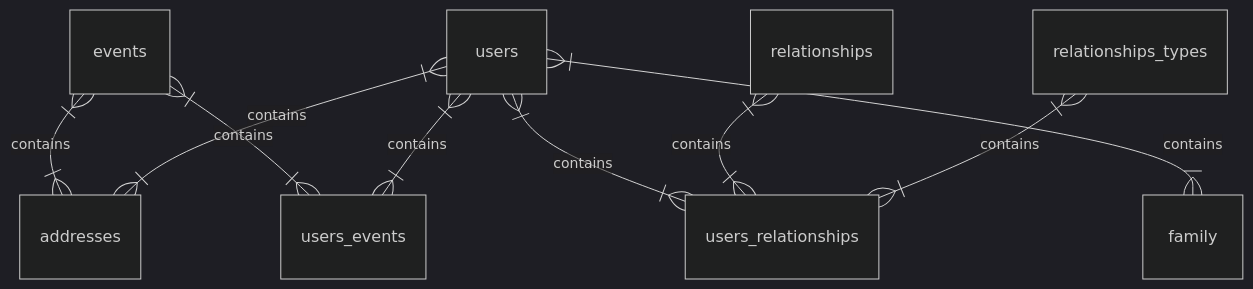
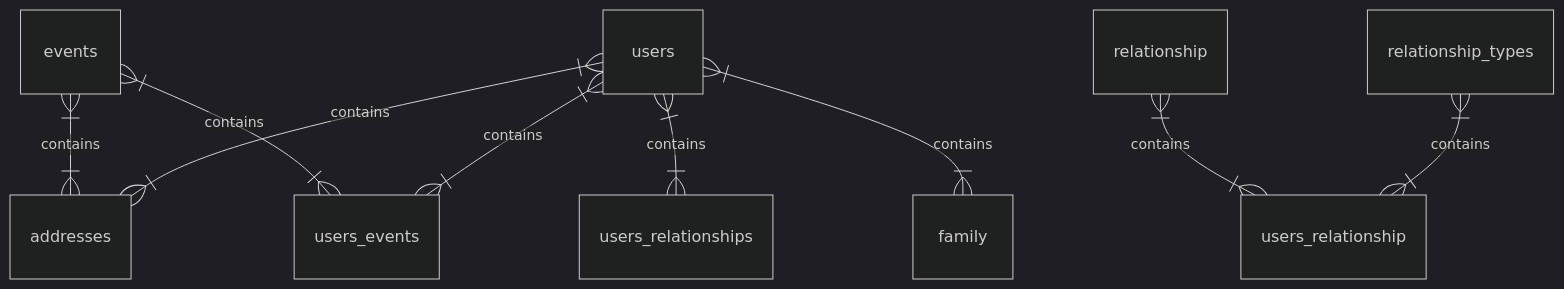
The first of 2 diagrams in README.md (ChrisUno/Childcare), drawn with Mermaid (dark theme) before and after one commit. The commit also changed other lines of this file, not shown here.

````diff
--- a/README.md
+++ b/README.md
@@ -33,12 +33,12 @@
 ``` mermaid
 erDiagram
 
           events }|--|{ addresses : "contains"
           events }|--|{ users_events : "contains"
           users }|--|{ users_events : "contains"
           users }|--|{ addresses : "contains"
           users }|--|{ users_relationships : "contains"
-          relationships }|--|{ users_relationships : "contains"
-          relationships_types }|--|{ users_relationships : "contains"
+          relationship }|--|{ users_relationship : "contains"
+          relationship_types }|--|{ users_relationship : "contains"
           users }|--|{ family : "contains"
 ```
````
